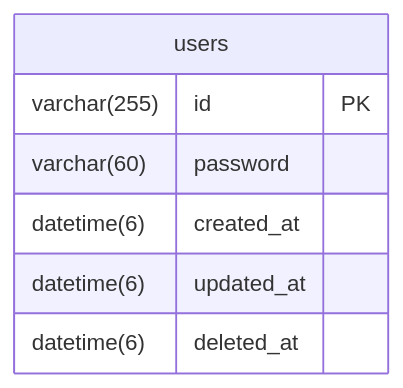
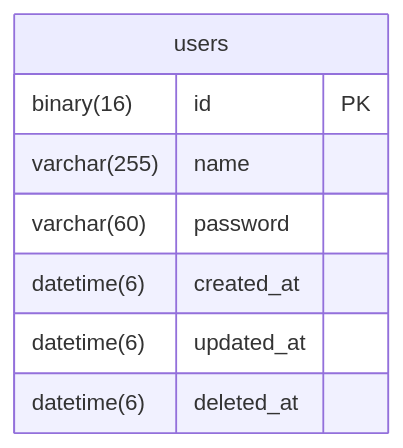
One commit to atsumarukun/holos-auth-api changed the diagram in docs/er-diagram.md. Above: the diagram before and after it, drawn with Mermaid. The commit also changed other lines of this file and 8 other files, not shown here.

````diff
--- a/docs/er-diagram.md
+++ b/docs/er-diagram.md
@@ -3,11 +3,12 @@
 ```mermaid
 erDiagram
 
 users {
-  varchar(255) id PK
+  binary(16) id PK
+  varchar(255) name
   varchar(60) password
   datetime(6) created_at
   datetime(6) updated_at
   datetime(6) deleted_at
 }
 ```
````
